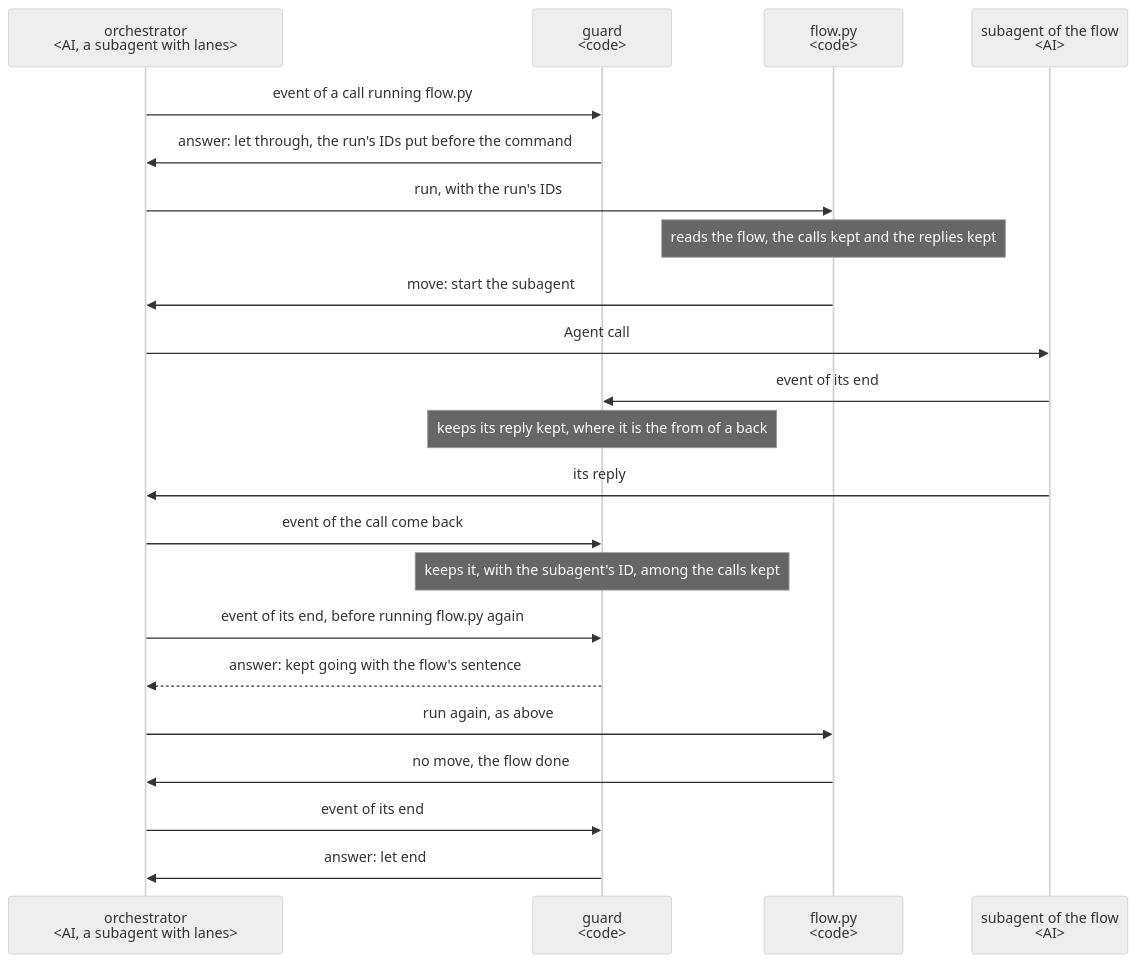
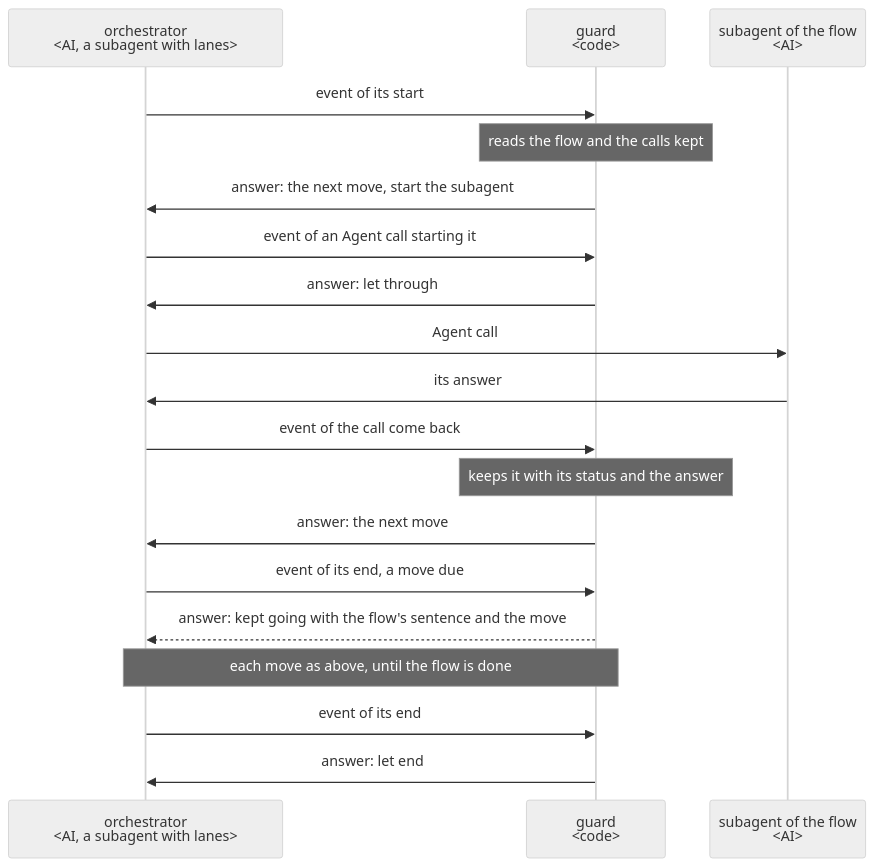
One commit to lovaizu/ccpm changed the fourth of 6 diagrams in dev/lane/architecture.md. Above: the diagram before and after it, drawn with Mermaid (neutral theme). The commit also changed other lines of this file and 36 other files, not shown here.

````diff
--- a/dev/lane/architecture.md
+++ b/dev/lane/architecture.md
@@ -258,24 +242,21 @@
 ```mermaid
 sequenceDiagram
   participant O as orchestrator<br/>#lt;AI, a subagent with lanes#gt;
   participant G as guard<br/>#lt;code#gt;
-  participant F as flow.py<br/>#lt;code#gt;
   participant S as subagent of the flow<br/>#lt;AI#gt;
-  O->>G: event of a call running flow.py
-  G->>O: answer: let through, the run's IDs put before the command
-  O->>F: run, with the run's IDs
-  Note over F: reads the flow, the calls kept and the replies kept
-  F->>O: move: start the subagent
+  O->>G: event of its start
+  Note over G: reads the flow and the calls kept
+  G->>O: answer: the next move, start the subagent
+  O->>G: event of an Agent call starting it
+  G->>O: answer: let through
   O->>S: Agent call
-  S->>G: event of its end
-  Note over G: keeps its reply kept, where it is the from of a back
-  S->>O: its reply
+  S->>O: its answer
   O->>G: event of the call come back
-  Note over G: keeps it, with the subagent's ID, among the calls kept
-  O->>G: event of its end, before running flow.py again
-  G-->>O: answer: kept going with the flow's sentence
-  O->>F: run again, as above
-  F->>O: no move, the flow done
+  Note over G: keeps it with its status and the answer
+  G->>O: answer: the next move
+  O->>G: event of its end, a move due
+  G-->>O: answer: kept going with the flow's sentence and the move
+  Note over O,G: each move as above, until the flow is done
   O->>G: event of its end
   G->>O: answer: let end
 ```
````
